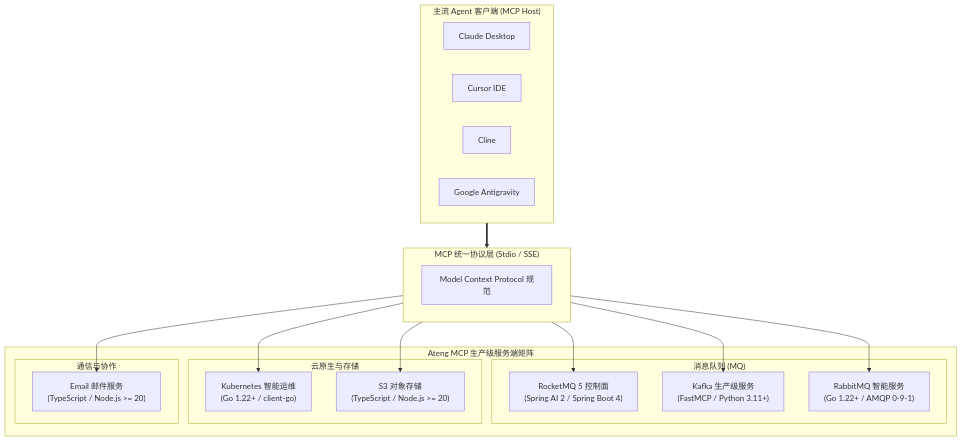
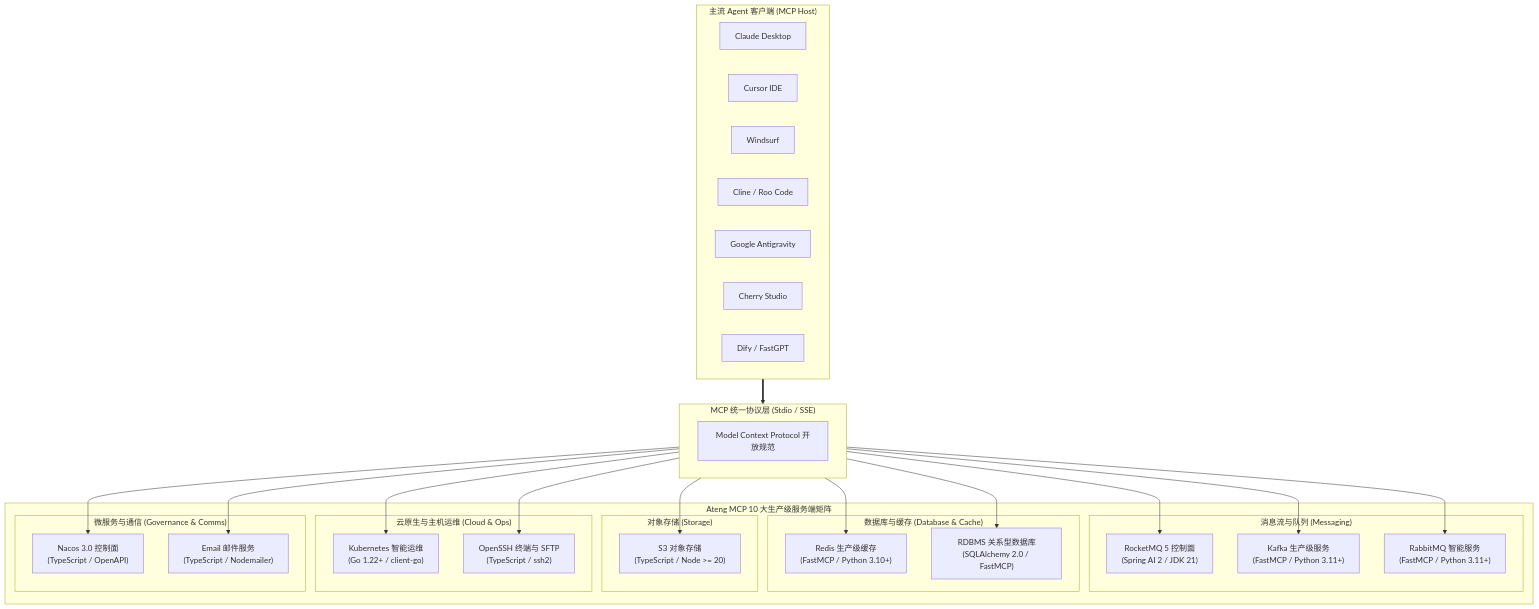
Before and after one commit to atengk/Ateng-MCP: the diagram in docs/servers/index.md, drawn with Mermaid. The commit also changed other lines of this file and 14 other files, not shown here.

````diff
--- a/docs/servers/index.md
+++ b/docs/servers/index.md
@@ -71,36 +103,51 @@
 ```mermaid
 flowchart TD
     subgraph Clients["主流 Agent 客户端 (MCP Host)"]
         C1["Claude Desktop"]
         C2["Cursor IDE"]
-        C3["Cline"]
-        C4["Google Antigravity"]
+        C3["Windsurf"]
+        C4["Cline / Roo Code"]
+        C5["Google Antigravity"]
+        C6["Cherry Studio"]
+        C7["Dify / FastGPT"]
     end
 
     subgraph Gateway["MCP 统一协议层 (Stdio / SSE)"]
-        GW["Model Context Protocol 规范"]
+        GW["Model Context Protocol 开放规范"]
     end
 
-    subgraph Matrix["Ateng MCP 生产级服务端矩阵"]
-        subgraph MQ["消息队列 (MQ)"]
-            S1["RocketMQ 5 控制面<br/>(Spring AI 2 / Spring Boot 4)"]
+    subgraph Matrix["Ateng MCP 10 大生产级服务端矩阵"]
+        subgraph MQ["消息流与队列 (Messaging)"]
+            S1["RocketMQ 5 控制面<br/>(Spring AI 2 / JDK 21)"]
             S2["Kafka 生产级服务<br/>(FastMCP / Python 3.11+)"]
-            S3["RabbitMQ 智能服务<br/>(Go 1.22+ / AMQP 0-9-1)"]
+            S3["RabbitMQ 智能服务<br/>(FastMCP / Python 3.11+)"]
         end
-        subgraph Cloud["云原生与存储"]
-            S4["Kubernetes 智能运维<br/>(Go 1.22+ / client-go)"]
-            S5["S3 对象存储<br/>(TypeScript / Node.js >= 20)"]
+        subgraph DB["数据库与缓存 (Database & Cache)"]
+            S4["Redis 生产级缓存<br/>(FastMCP / Python 3.10+)"]
+            S5["RDBMS 关系型数据库<br/>(SQLAlchemy 2.0 / FastMCP)"]
         end
-        subgraph Tools["通信与协作"]
-            S6["Email 邮件服务<br/>(TypeScript / Node.js >= 20)"]
+        subgraph Storage["对象存储 (Storage)"]
+            S6["S3 对象存储<br/>(TypeScript / Node >= 20)"]
+        end
+        subgraph Cloud["云原生与主机运维 (Cloud & Ops)"]
+            S7["Kubernetes 智能运维<br/>(Go 1.22+ / client-go)"]
+            S8["OpenSSH 终端与 SFTP<br/>(TypeScript / ssh2)"]
+        end
+        subgraph Gov["微服务与通信 (Governance & Comms)"]
+            S9["Nacos 3.0 控制面<br/>(TypeScript / OpenAPI)"]
+            S10["Email 邮件服务<br/>(TypeScript / Nodemailer)"]
         end
     end
 
     Clients ==> Gateway
     Gateway --> S1
     Gateway --> S2
     Gateway --> S3
     Gateway --> S4
     Gateway --> S5
     Gateway --> S6
+    Gateway --> S7
+    Gateway --> S8
+    Gateway --> S9
+    Gateway --> S10
 ```
````
